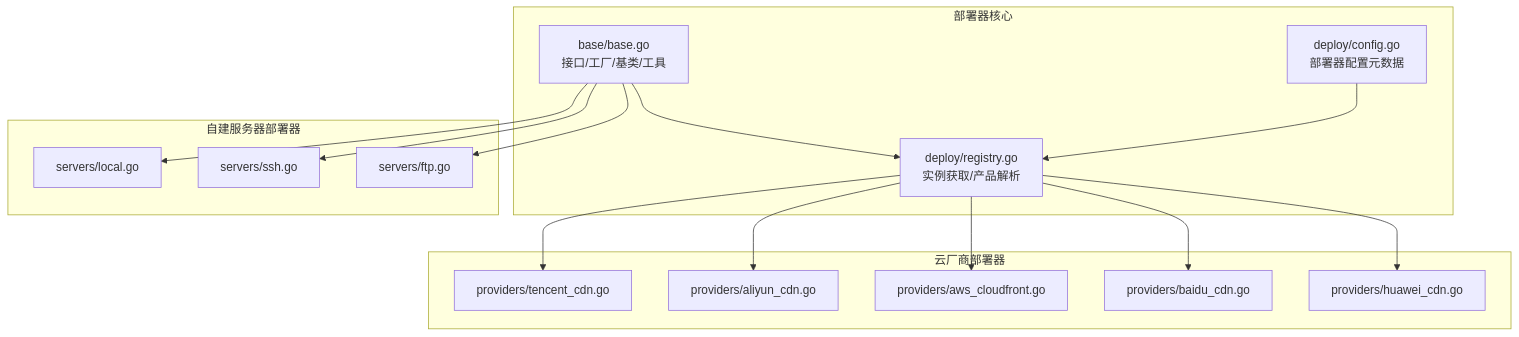
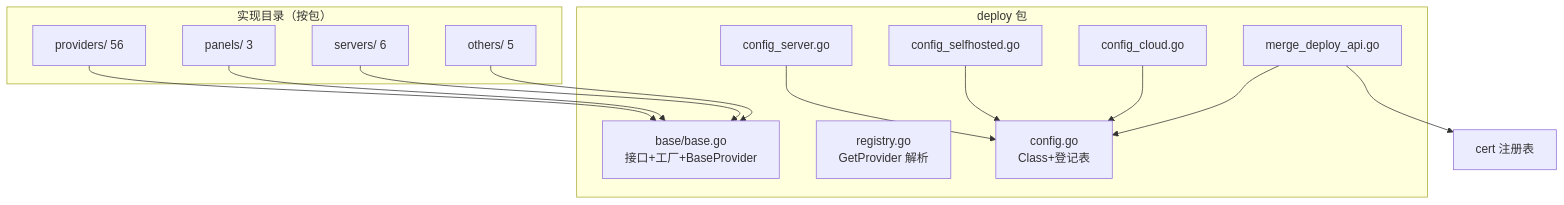
Before and after one commit to x01n/dnsplane: the first of 4 diagrams in docs/扩展开发/部署器扩展.md, drawn with Mermaid. The commit also changed other lines of this file and 326 other files, not shown here.

````diff
--- a/docs/扩展开发/部署器扩展.md
+++ b/docs/扩展开发/部署器扩展.md
@@ -48,30 +85,27 @@
 ```mermaid
 graph TB
-subgraph "部署器核心"
-BASE["base/base.go<br/>接口/工厂/基类/工具"]
-REG["deploy/registry.go<br/>实例获取/产品解析"]
-CFG["deploy/config.go<br/>部署器配置元数据"]
+subgraph "deploy 包"
+Base["base/base.go<br/>接口+工厂+BaseProvider"]
+Reg["registry.go<br/>GetProvider 解析"]
+Cfg["config.go<br/>Class+登记表"]
+CS["config_server.go"]
+CSh["config_selfhosted.go"]
+CC["config_cloud.go"]
+Merge["merge_deploy_api.go"]
 end
-subgraph "云厂商部署器"
-TX["providers/tencent_cdn.go"]
-ALI["providers/aliyun_cdn.go"]
-AWS["providers/aws_cloudfront.go"]
-BD["providers/baidu_cdn.go"]
-HW["providers/huawei_cdn.go"]
+subgraph "实现目录（按包）"
+Prov["providers/ 56"]
+Pan["panels/ 3"]
+Serv["servers/ 6"]
+Oth["others/ 5"]
 end
-subgraph "自建服务器部署器"
-LOCAL["servers/local.go"]
-SSH["servers/ssh.go"]
-FTP["servers/ftp.go"]
-end
-BASE --> REG
-REG --> TX
-REG --> ALI
-REG --> AWS
-REG --> BD
-REG --> HW
-BASE --> LOCAL
-BASE --> SSH
-BASE --> FTP
-CFG --> REG
+Prov --> Base
+Pan --> Base
+Serv --> Base
+Oth --> Base
+CS --> Cfg
+CSh --> Cfg
+CC --> Cfg
+Merge --> Cfg
+Merge --> CertTbl["cert 注册表"]
 ```
````
